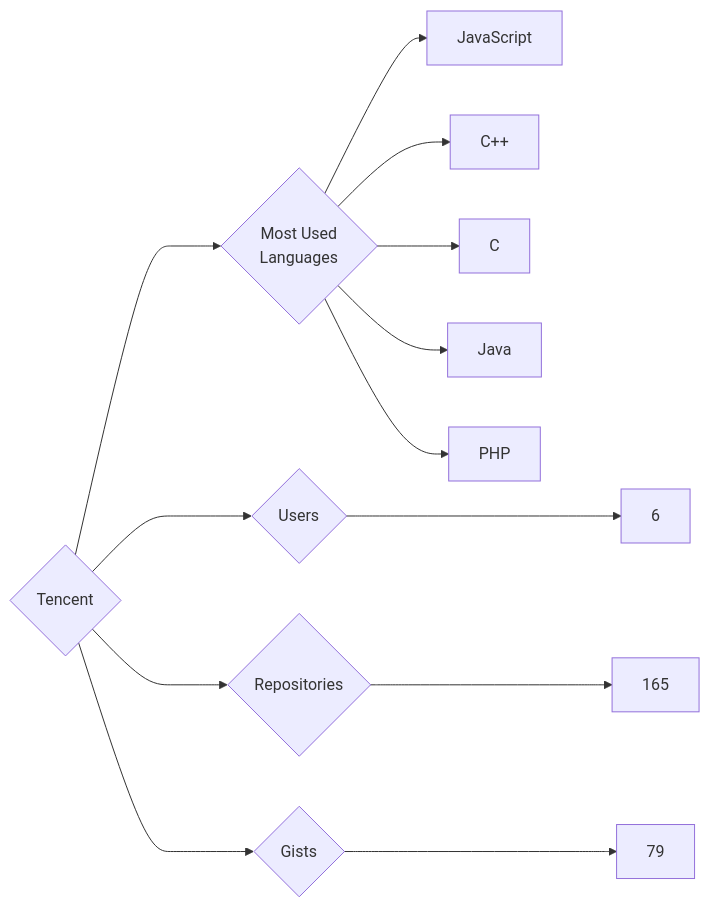
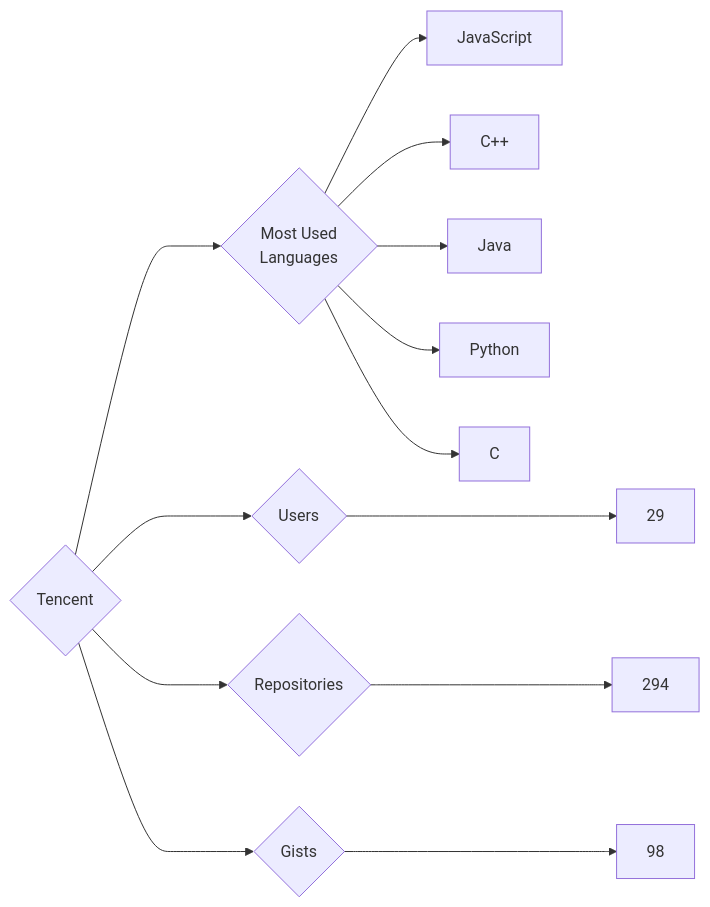
Before and after one commit to trickest/insiders: the diagram in targets/Tencent/README.md, drawn with Mermaid. The commit also changed 972 other files, not shown here.

````diff
--- a/targets/Tencent/README.md
+++ b/targets/Tencent/README.md
@@ -3,13 +3,13 @@
 ```mermaid
 graph LR
 COMPANY_NAME{Tencent}
-COMPANY_NAME ---> U{Users} ---> UN[6]
-COMPANY_NAME ---> R{Repositories} ---> RN[165]
-COMPANY_NAME ---> G{Gists} ---> GN[79]
+COMPANY_NAME ---> U{Users} ---> UN[29]
+COMPANY_NAME ---> R{Repositories} ---> RN[294]
+COMPANY_NAME ---> G{Gists} ---> GN[98]
 COMPANY_NAME ---> ML{Most Used<br>Languages}
 ML --> JavaScript[JavaScript]
 ML --> C++[C++]
+ML --> Java[Java]
+ML --> Python[Python]
 ML --> C[C]
-ML --> Java[Java]
-ML --> PHP[PHP]
 ```
````
